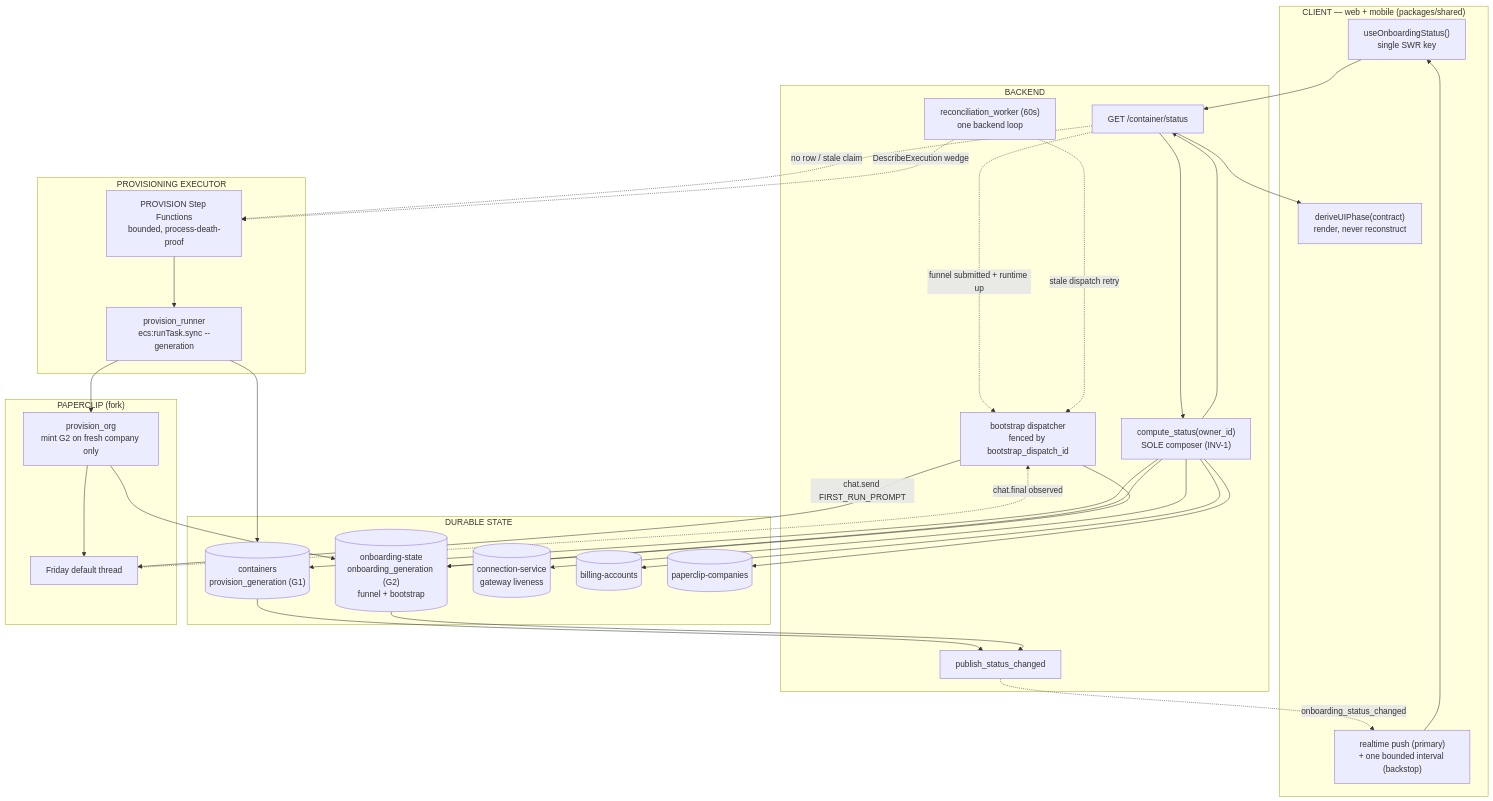
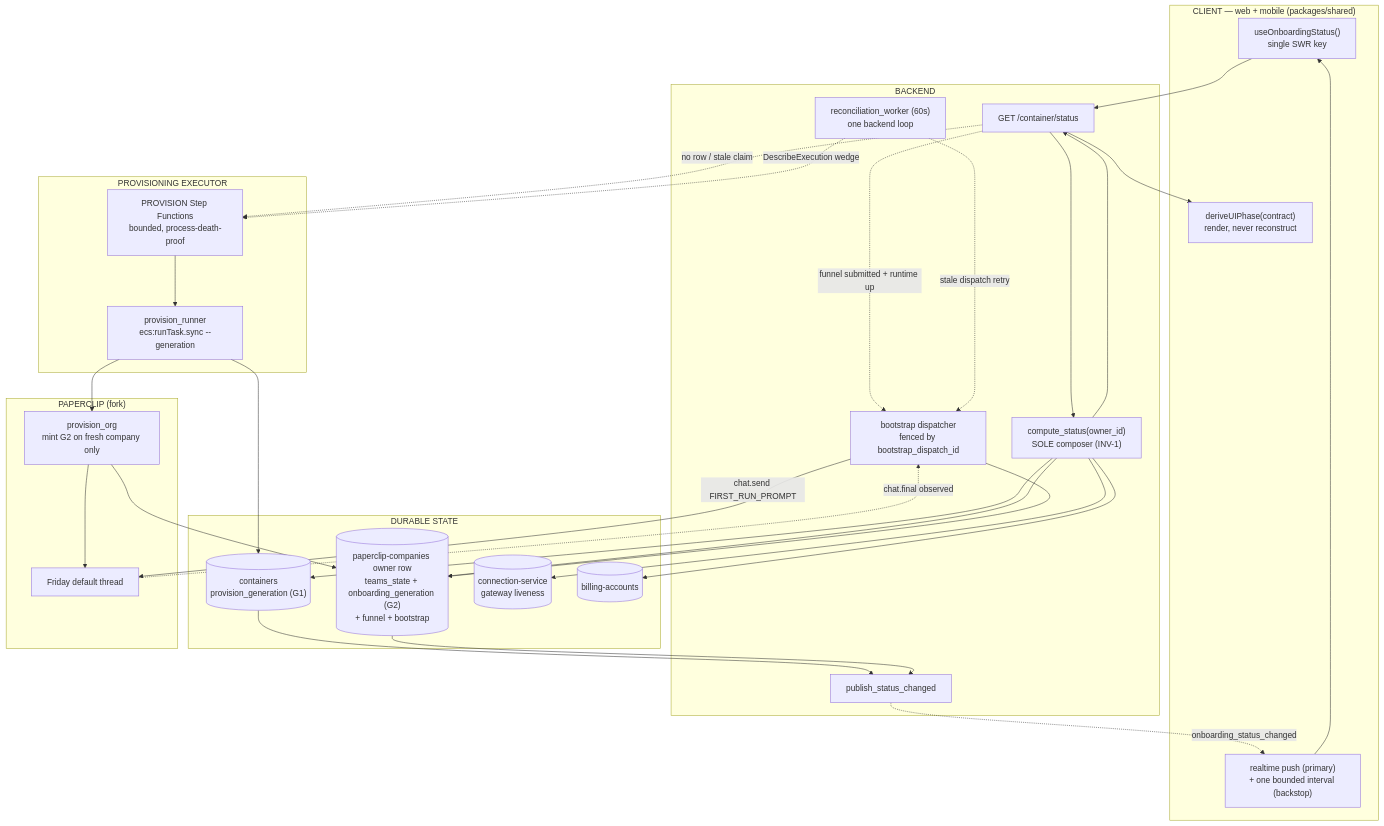
One commit to TheLightbulbCompany/lightbulb changed the diagram in docs/superpowers/specs/2026-07-24-onboarding-architecture-design.md. Above: the diagram before and after it, drawn with Mermaid. The commit also changed other lines of this file and 1 other file, not shown here.

First line of the commit message:
docs(onboarding): co-locate onboarding state on paperclip-companies row (no new table)

````diff
--- a/docs/superpowers/specs/2026-07-24-onboarding-architecture-design.md
+++ b/docs/superpowers/specs/2026-07-24-onboarding-architecture-design.md
@@ -51,63 +57,61 @@
 ```mermaid
 flowchart TD
   subgraph client["CLIENT — web + mobile (packages/shared)"]
     HOOK["useOnboardingStatus()<br/>single SWR key"]
     LOOP["realtime push (primary)<br/>+ one bounded interval (backstop)"]
     UI["deriveUIPhase(contract)<br/>render, never reconstruct"]
   end
 
   subgraph backend["BACKEND"]
     STATUS["GET /container/status"]
     COMPOSE["compute_status(owner_id)<br/>SOLE composer (INV-1)"]
     DISPATCH["bootstrap dispatcher<br/>fenced by bootstrap_dispatch_id"]
     SWEEP["reconciliation_worker (60s)<br/>one backend loop"]
     PUBLISH["publish_status_changed"]
   end
 
   subgraph durable["DURABLE STATE"]
     CROW[("containers<br/>provision_generation (G1)")]
-    OROW[("onboarding-state<br/>onboarding_generation (G2)<br/>funnel + bootstrap")]
+    PCROW[("paperclip-companies owner row<br/>teams_state + onboarding_generation (G2)<br/>+ funnel + bootstrap")]
     CONN[("connection-service<br/>gateway liveness")]
     BILL[("billing-accounts")]
-    PCROW[("paperclip-companies")]
   end
 
   subgraph exec["PROVISIONING EXECUTOR"]
     SFN["PROVISION Step Functions<br/>bounded, process-death-proof"]
     RUN["provision_runner<br/>ecs:runTask.sync --generation"]
   end
 
   subgraph pc["PAPERCLIP (fork)"]
     ORG["provision_org<br/>mint G2 on fresh company only"]
     FRIDAY["Friday default thread"]
   end
 
   HOOK --> STATUS
   STATUS --> COMPOSE
   COMPOSE --> CROW
-  COMPOSE --> OROW
   COMPOSE --> CONN
   COMPOSE --> BILL
   COMPOSE --> PCROW
   COMPOSE --> STATUS
   STATUS --> UI
   LOOP --> HOOK
   PUBLISH -.->|onboarding_status_changed| LOOP
 
   STATUS -.->|funnel submitted + runtime up| DISPATCH
   DISPATCH -->|chat.send FIRST_RUN_PROMPT| FRIDAY
   FRIDAY -.->|chat.final observed| DISPATCH
-  DISPATCH --> OROW
+  DISPATCH --> PCROW
 
   STATUS -.->|no row / stale claim| SFN
   SFN --> RUN
   RUN --> CROW
   RUN --> ORG
-  ORG --> OROW
+  ORG --> PCROW
   ORG --> FRIDAY
 
   SWEEP -.->|stale dispatch retry| DISPATCH
   SWEEP -.->|DescribeExecution wedge| SFN
   CROW --> PUBLISH
-  OROW --> PUBLISH
+  PCROW --> PUBLISH
 ```
````
